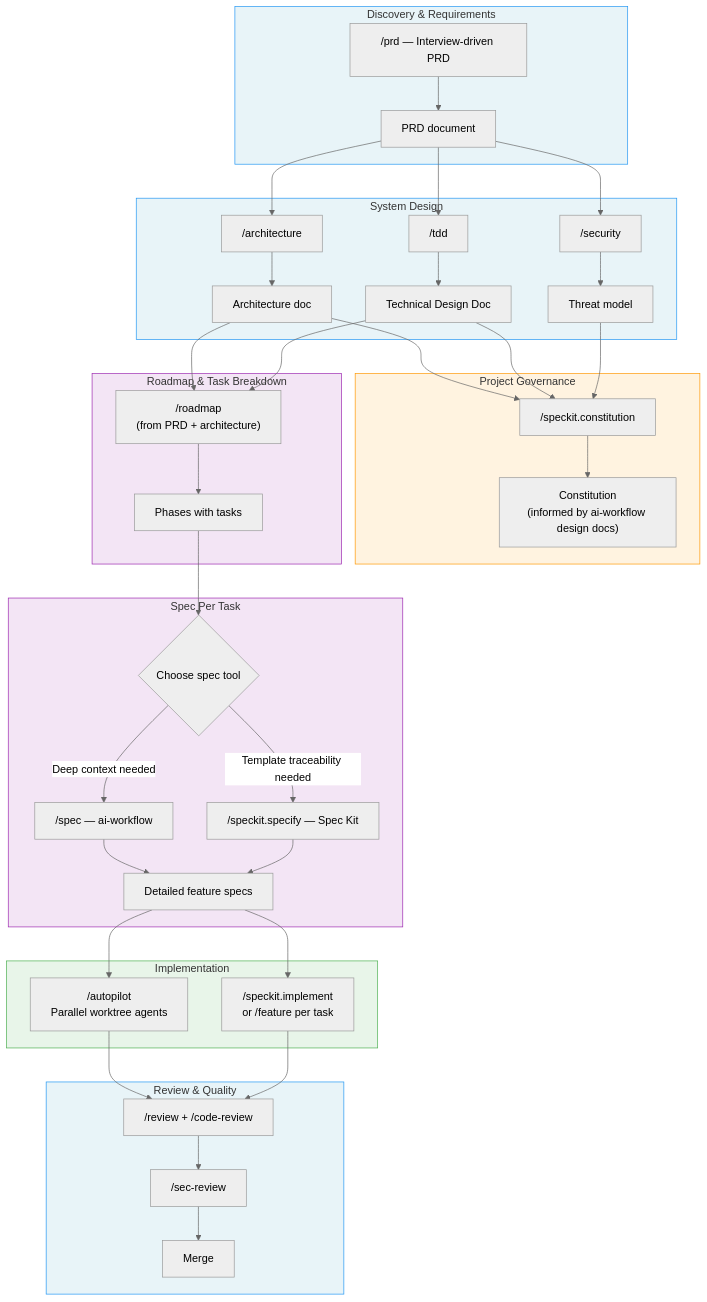
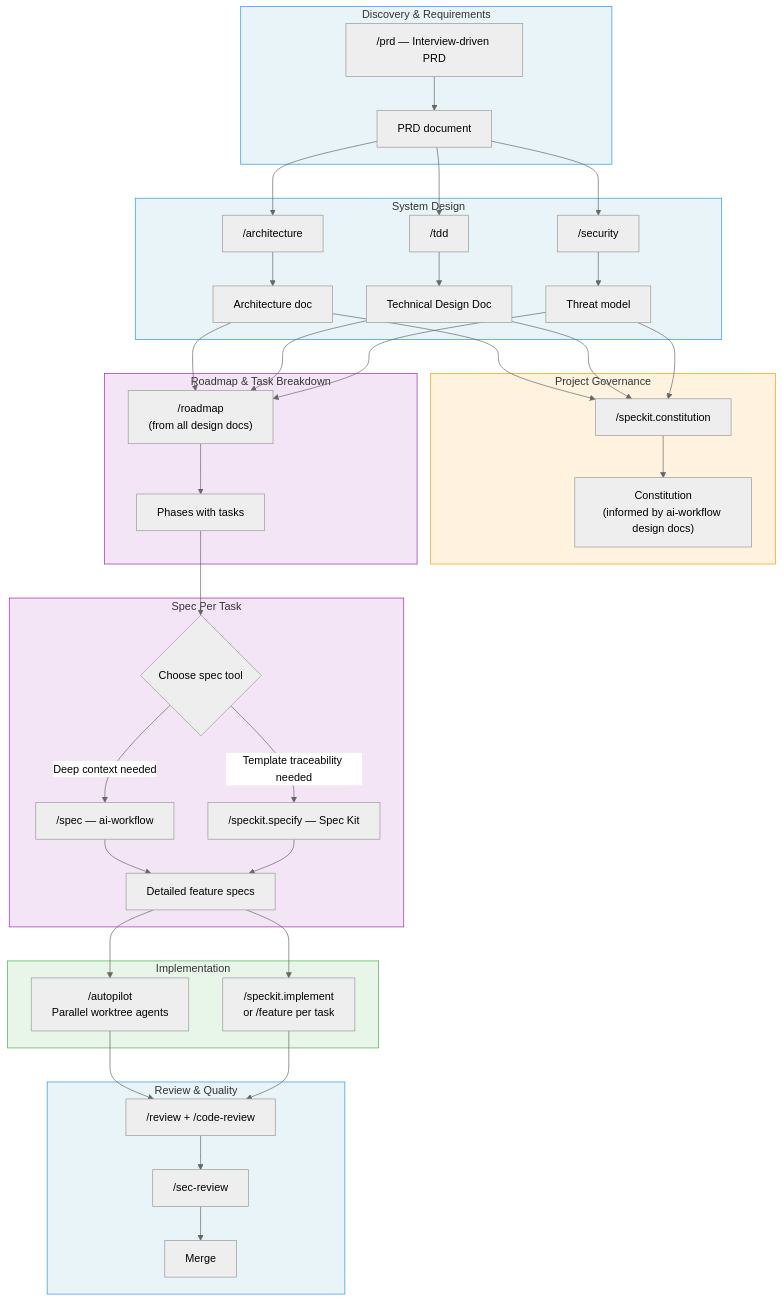
One commit to 0xrafasec/ai-workflow changed the first of 5 diagrams in docs/speckit-integration.md. Above: the diagram before and after it, drawn with Mermaid (neutral theme). The commit also changed other lines of this file and 1 other file, not shown here.

First line of the commit message:
fix: roadmap reads all design docs including threat model

````diff
--- a/docs/speckit-integration.md
+++ b/docs/speckit-integration.md
@@ -28,56 +28,57 @@
 ```mermaid
 flowchart TD
     subgraph Discovery ["Discovery & Requirements"]
         A["/prd — Interview-driven PRD"] --> B["PRD document"]
     end
 
     subgraph Design ["System Design"]
         B --> C["/architecture"]
         B --> D["/tdd"]
         B --> E["/security"]
         C --> F["Architecture doc"]
         D --> G["Technical Design Doc"]
         E --> H["Threat model"]
     end
 
     subgraph Constitution ["Project Governance"]
         F --> I["/speckit.constitution"]
         G --> I
         H --> I
         I --> J["Constitution<br/>(informed by ai-workflow design docs)"]
     end
 
     subgraph Planning ["Roadmap & Task Breakdown"]
-        F --> R["/roadmap<br/>(from PRD + architecture)"]
+        F --> R["/roadmap<br/>(from all design docs)"]
         G --> R
+        H --> R
         R --> TASKS["Phases with tasks"]
     end
 
     subgraph Specification ["Spec Per Task"]
         TASKS --> K{Choose spec tool}
         K -->|"Deep context needed"| L["/spec — ai-workflow"]
         K -->|"Template traceability needed"| M["/speckit.specify — Spec Kit"]
         L --> N["Detailed feature specs"]
         M --> N
     end
 
     subgraph Execution ["Implementation"]
         N --> T["/autopilot<br/>Parallel worktree agents"]
         N --> U["/speckit.implement<br/>or /feature per task"]
     end
 
     subgraph Review ["Review & Quality"]
         T --> W["/review + /code-review"]
         U --> W
         W --> X["/sec-review"]
         X --> Y["Merge"]
     end
 
     style Discovery fill:#e8f4f8,stroke:#2196F3
     style Design fill:#e8f4f8,stroke:#2196F3
     style Constitution fill:#fff3e0,stroke:#FF9800
     style Planning fill:#f3e5f5,stroke:#9C27B0
     style Specification fill:#f3e5f5,stroke:#9C27B0
     style Execution fill:#e8f5e9,stroke:#4CAF50
     style Review fill:#e8f4f8,stroke:#2196F3
 ```
````
